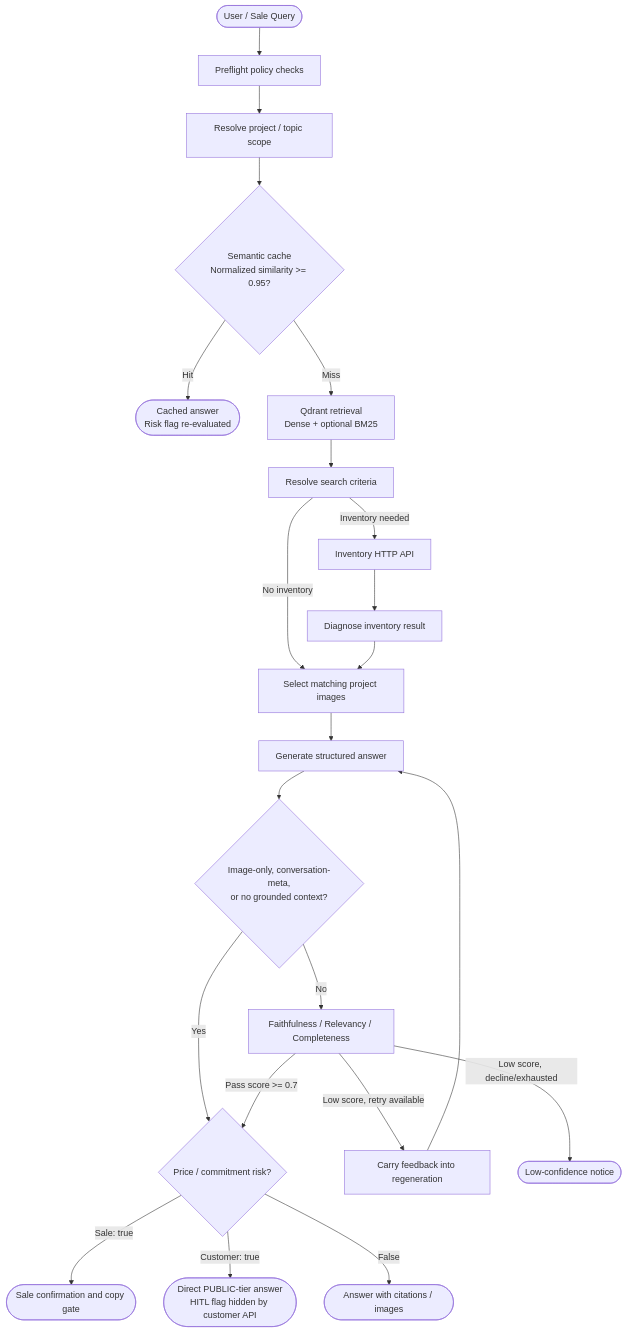
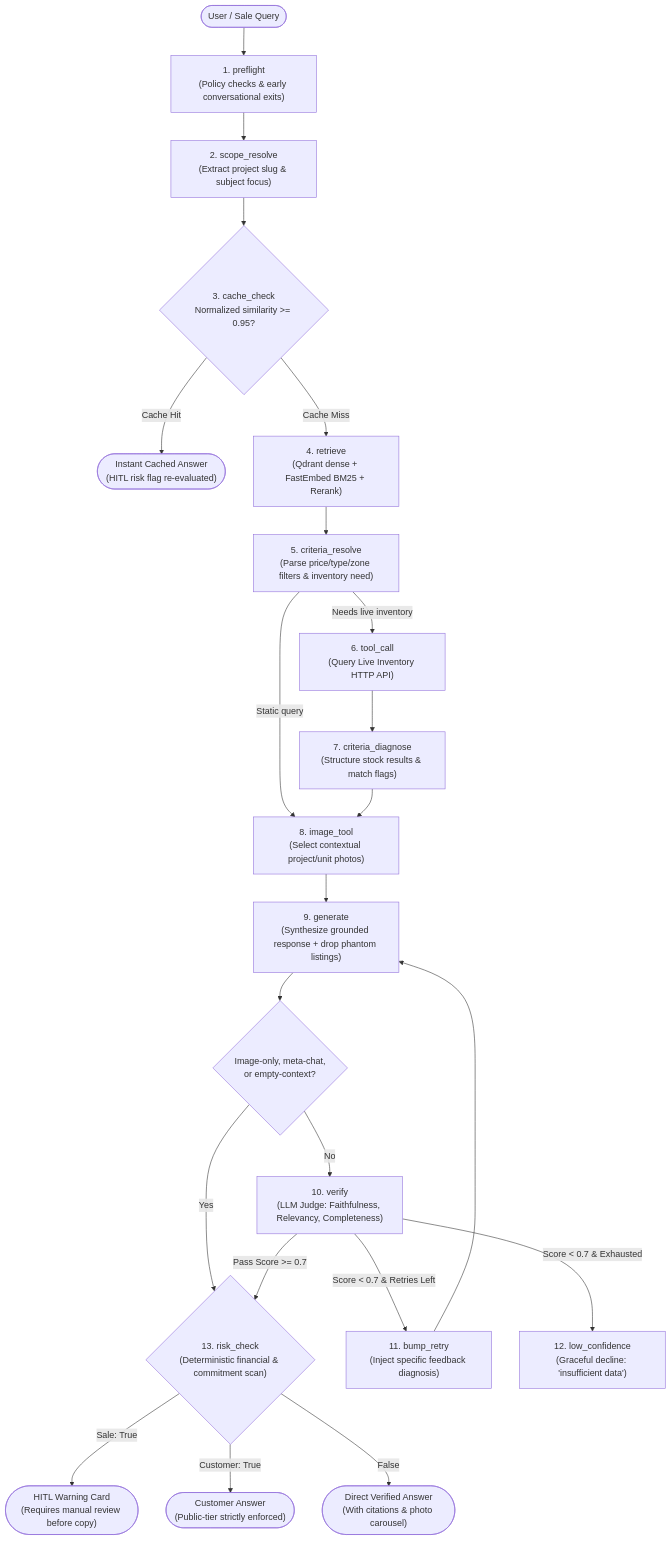
One commit to peterparkervanphuc/auremont-ai-agent changed the second of 2 diagrams in README.md. Above: the diagram before and after it, drawn with Mermaid. The commit also changed other lines of this file, not shown here.

````diff
--- a/README.md
+++ b/README.md
@@ -43,29 +106,30 @@
 ```mermaid
 flowchart TB
-  Start(["User / Sale Query"]) --> Preflight["Preflight policy checks"]
-  Preflight --> Scope["Resolve project / topic scope"]
-  Scope --> CacheCheck{"Semantic cache<br/>Normalized similarity >= 0.95?"}
+  Start(["User / Sale Query"]) --> Preflight["1. preflight<br/>(Policy checks & early conversational exits)"]
+  Preflight --> Scope["2. scope_resolve<br/>(Extract project slug & subject focus)"]
+  Scope --> CacheCheck{"3. cache_check<br/>Normalized similarity >= 0.95?"}
 
-  CacheCheck -- "Hit" --> CachedResponse(["Cached answer<br/>Risk flag re-evaluated"])
-  CacheCheck -- "Miss" --> Retrieve["Qdrant retrieval<br/>Dense + optional BM25"]
-  Retrieve --> Criteria["Resolve search criteria"]
+  CacheCheck -- "Cache Hit" --> CachedResponse(["Instant Cached Answer<br/>(HITL risk flag re-evaluated)"])
+  CacheCheck -- "Cache Miss" --> Retrieve["4. retrieve<br/>(Qdrant dense + FastEmbed BM25 + Rerank)"]
+  Retrieve --> Criteria["5. criteria_resolve<br/>(Parse price/type/zone filters & inventory need)"]
 
-  Criteria -- "Inventory needed" --> ToolCall["Inventory HTTP API"]
-  Criteria -- "No inventory" --> ImageTool
-  ToolCall --> Diagnose["Diagnose inventory result"]
-  Diagnose --> ImageTool["Select matching project images"]
+  Criteria -- "Needs live inventory" --> ToolCall["6. tool_call<br/>(Query Live Inventory HTTP API)"]
+  Criteria -- "Static query" --> ImageTool
+  ToolCall --> Diagnose["7. criteria_diagnose<br/>(Structure stock results & match flags)"]
+  Diagnose --> ImageTool["8. image_tool<br/>(Select contextual project/unit photos)"]
 
-  ImageTool --> Generate["Generate structured answer"]
-  Generate --> SkipVerify{"Image-only, conversation-meta,<br/>or no grounded context?"}
+  ImageTool --> Generate["9. generate<br/>(Synthesize grounded response + drop phantom listings)"]
+  Generate --> SkipVerify{"Image-only, meta-chat,<br/>or empty-context?"}
+  
   SkipVerify -- "Yes" --> RiskCheck
-  SkipVerify -- "No" --> Verify["Faithfulness / Relevancy / Completeness"]
+  SkipVerify -- "No" --> Verify["10. verify<br/>(LLM Judge: Faithfulness, Relevancy, Completeness)"]
 
-  Verify -- "Low score, retry available" --> BumpRetry["Carry feedback into regeneration"]
+  Verify -- "Score < 0.7 & Retries Left" --> BumpRetry["11. bump_retry<br/>(Inject specific feedback diagnosis)"]
   BumpRetry --> Generate
-  Verify -- "Low score, decline/exhausted" --> Decline(["Low-confidence notice"])
-  Verify -- "Pass score >= 0.7" --> RiskCheck{"Price / commitment risk?"}
+  Verify -- "Score < 0.7 & Exhausted" --> LowConf["12. low_confidence<br/>(Graceful decline: 'insufficient data')"]
+  Verify -- "Pass Score >= 0.7" --> RiskCheck{"13. risk_check<br/>(Deterministic financial & commitment scan)"}
 
-  RiskCheck -- "Sale: true" --> HITLCard(["Sale confirmation and copy gate"])
-  RiskCheck -- "Customer: true" --> CustomerResponse(["Direct PUBLIC-tier answer<br/>HITL flag hidden by customer API"])
-  RiskCheck -- "False" --> VerifiedResponse(["Answer with citations / images"])
+  RiskCheck -- "Sale: True" --> HITLCard(["HITL Warning Card<br/>(Requires manual review before copy)"])
+  RiskCheck -- "Customer: True" --> CustomerResp(["Customer Answer<br/>(Public-tier strictly enforced)"])
+  RiskCheck -- "False" --> VerifiedResp(["Direct Verified Answer<br/>(With citations & photo carousel)"])
 ```
````
